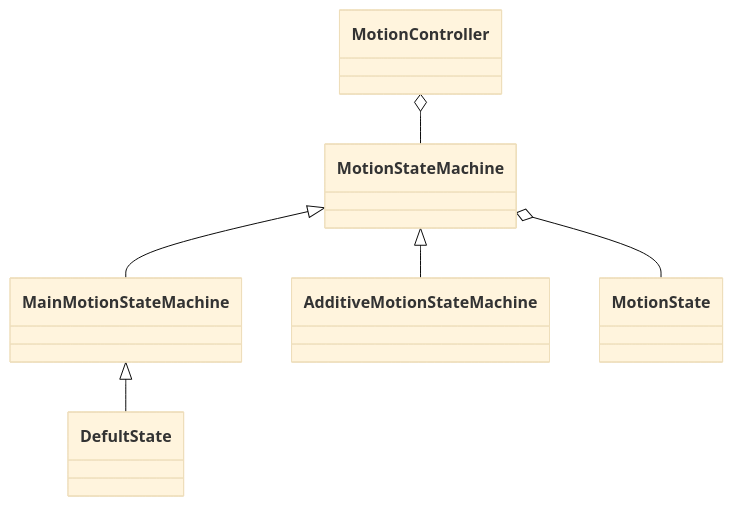
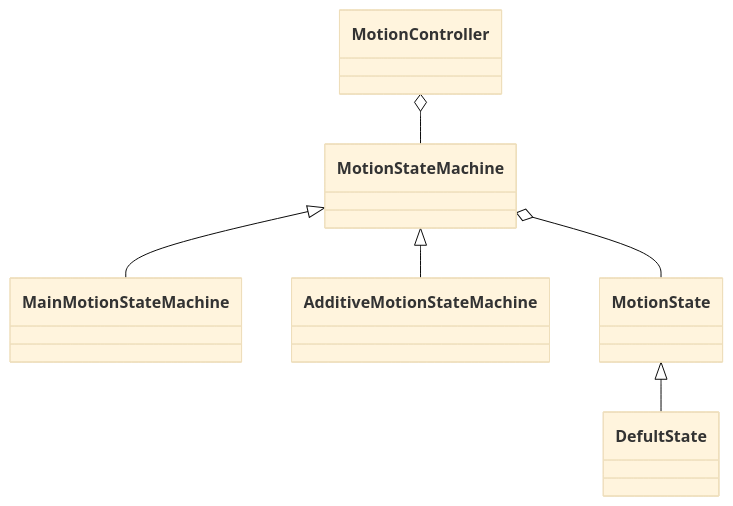
One commit to flicker-studio/RimeEditor changed the diagram in README.md. Above: the diagram before and after it, drawn with Mermaid (base theme).

Commit message:
【README】 README文件更新

````diff
--- a/README.md
+++ b/README.md
@@ -6,8 +6,8 @@
 ```mermaid
 classDiagram
 MotionStateMachine <|-- MainMotionStateMachine
 MotionStateMachine <|-- AdditiveMotionStateMachine
 MotionStateMachine o-- MotionState
 MotionController o-- MotionStateMachine
-MainMotionStateMachine <|-- DefultState
+MotionState <|-- DefultState
 ```
````
